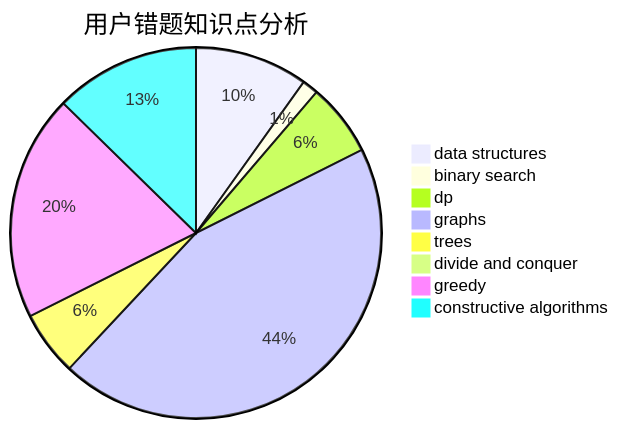
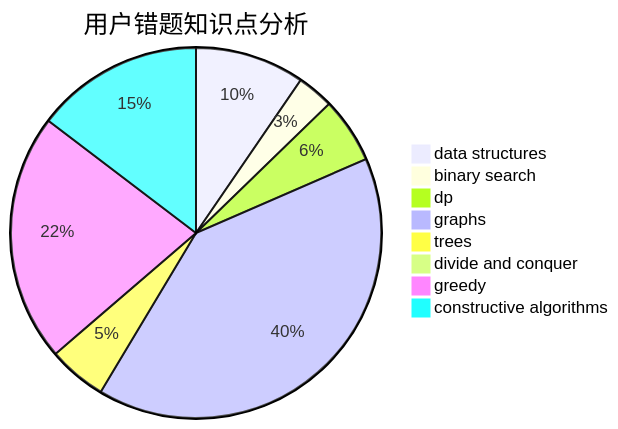
One commit to sherpahu/cfrs.github.io changed the third of 3 diagrams in docs/user/u1841.md. Above: the diagram before and after it, drawn with Mermaid. The commit also changed other lines of this file and 2770 other files, not shown here.

````diff
--- a/docs/user/u1841.md
+++ b/docs/user/u1841.md
@@ -36,11 +36,11 @@
 ```mermaid
 pie title 用户错题知识点分析
-    "data structures" :  14
-    "binary search" :  2
+    "data structures" :  15
+    "binary search" :  5
     "dp" :  9
     "graphs" :  63
     "trees" :  8
     "divide and conquer" :  0
-    "greedy" :  28
-    "constructive algorithms" :  18
+    "greedy" :  34
+    "constructive algorithms" :  23
 ```
````
